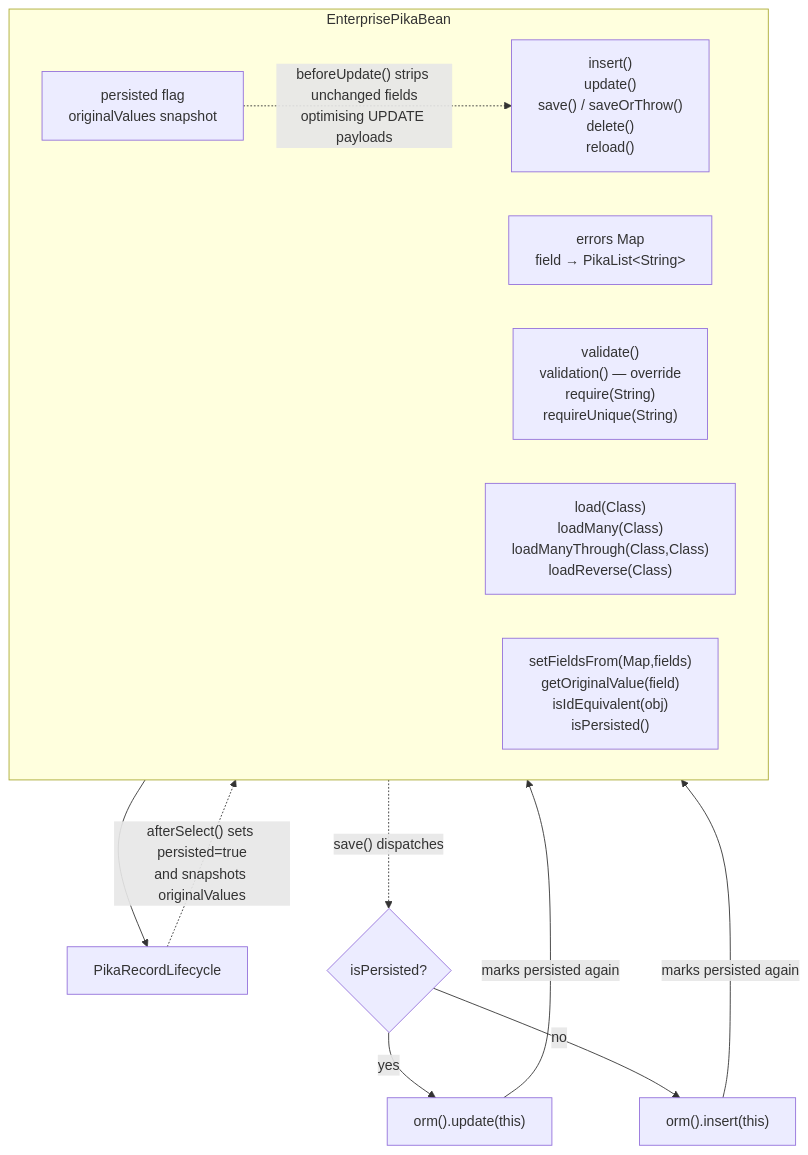
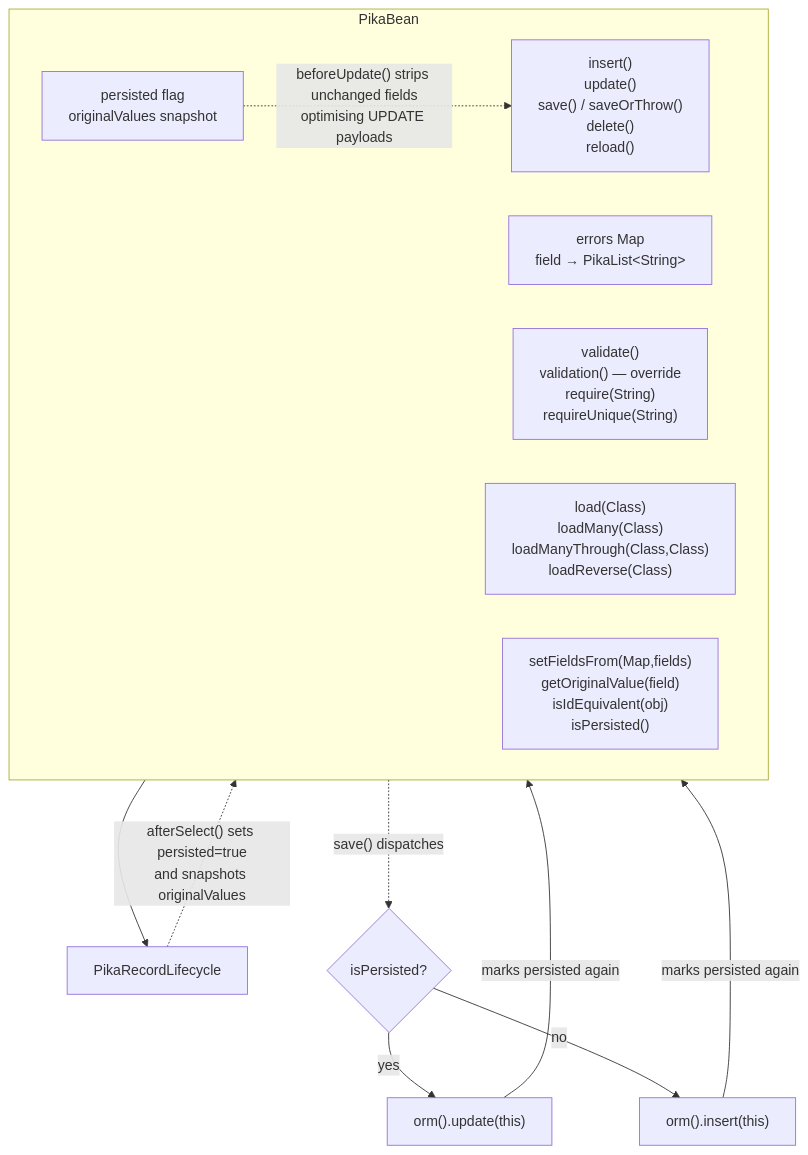
Before and after one commit to msu/pika-orm: the ninth of 17 diagrams in docs/pages/references/system-understanding/architecture.md, drawn with Mermaid. The commit also changed other lines of this file and 34 other files, not shown here.

````diff
--- a/docs/pages/references/system-understanding/architecture.md
+++ b/docs/pages/references/system-understanding/architecture.md
@@ -634,22 +634,22 @@
 ```mermaid
 flowchart TD
-    subgraph EPB ["EnterprisePikaBean"]
+    subgraph PikaBean ["PikaBean"]
         direction LR
         EPB_PERSIST["persisted flag\noriginalValues snapshot"]
         EPB_ERRORS["errors Map\n field → PikaList&lt;String&gt;"]
         EPB_CRUD["insert()\nupdate()\nsave() / saveOrThrow()\ndelete()\nreload()"]
         EPB_VALIDATE["validate()\nvalidation() — override\nrequire(String)\nrequireUnique(String)"]
         EPB_REL["load(Class)\nloadMany(Class)\nloadManyThrough(Class,Class)\nloadReverse(Class)"]
         EPB_UTIL["setFieldsFrom(Map,fields)\ngetOriginalValue(field)\nisIdEquivalent(obj)\nisPersisted()"]
     end
 
-    EPB --> PRL[PikaRecordLifecycle]
+    PikaBean --> PRL[PikaRecordLifecycle]
     PRL -.->|"afterSelect() sets persisted=true\nand snapshots originalValues"| EPB_PERSIST
     EPB_PERSIST -.->|"beforeUpdate() strips unchanged fields\noptimising UPDATE payloads"| EPB_CRUD
 
-    EPB -.->|"save() dispatches"| D{"isPersisted?"}
+    PikaBean -.->|"save() dispatches"| D{"isPersisted?"}
     D -->|yes| UPD["orm().update(this)"]
     D -->|no| INS["orm().insert(this)"]
     UPD -->|"marks persisted again"| EPB_PERSIST
     INS -->|"marks persisted again"| EPB_PERSIST
 ```
````
